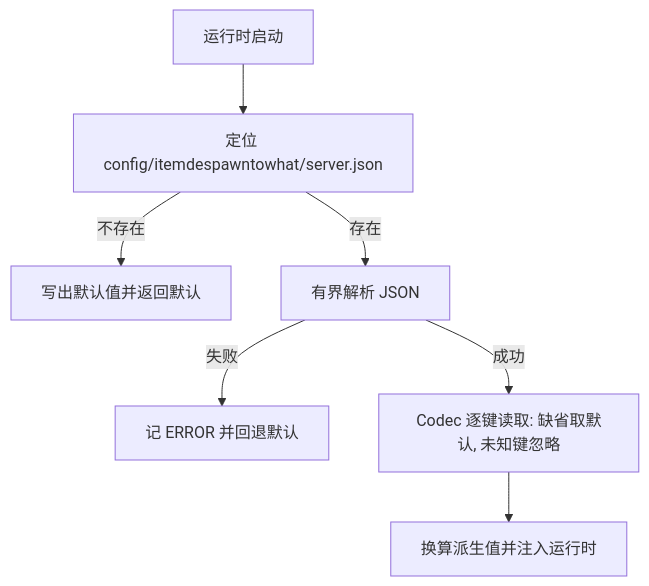
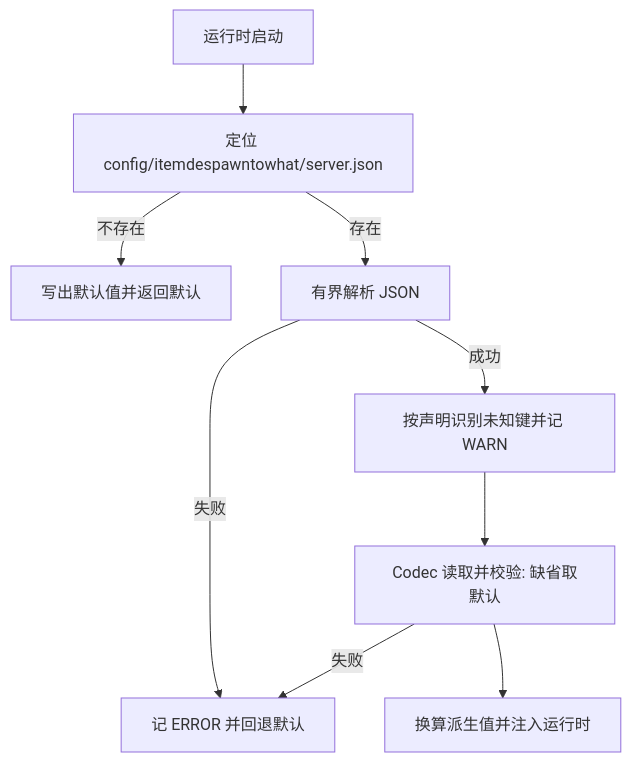
The diagram in docs/ops/configuration.md (meteoritel/item-despawn-to-what), drawn with Mermaid before and after one commit. The commit also changed other lines of this file and 3 other files, not shown here.

````diff
--- a/docs/ops/configuration.md
+++ b/docs/ops/configuration.md
@@ -24,9 +24,11 @@
 ```mermaid
 flowchart TB
     A[运行时启动] --> B[定位 config/itemdespawntowhat/server.json]
     B -->|不存在| C[写出默认值并返回默认]
     B -->|存在| D[有界解析 JSON]
     D -->|失败| E[记 ERROR 并回退默认]
-    D -->|成功| F[Codec 逐键读取: 缺省取默认, 未知键忽略]
+    D -->|成功| W[按声明识别未知键并记 WARN]
+    W --> F[Codec 读取并校验: 缺省取默认]
+    F -->|失败| E
     F --> G[换算派生值并注入运行时]
 ```
````
